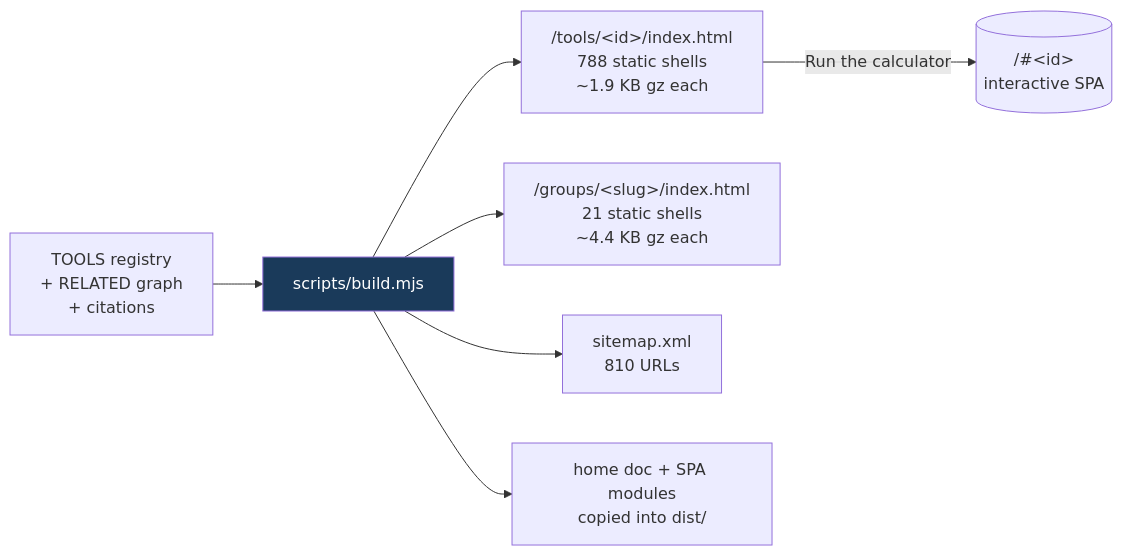
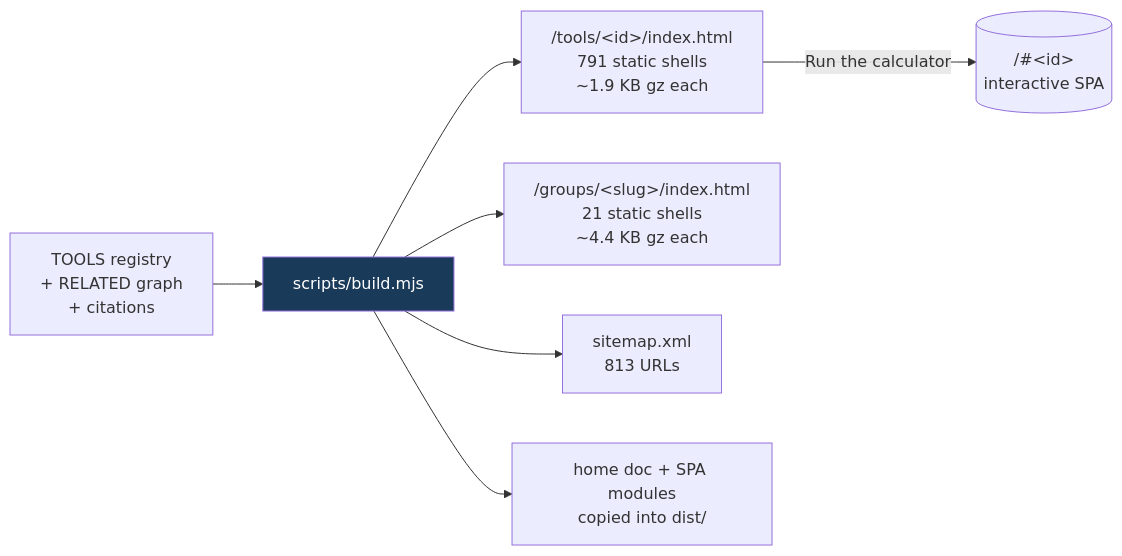
The fifth of 8 diagrams in README.md (clay-good/roughlogic.com), drawn with Mermaid before and after one commit. The commit also changed other lines of this file and 19 other files, not shown here.

First line of the commit message:
feat(refrigerant): land spec-v320..v322 -- 3 refrigeration-cycle tiles (refrigerant-mass-flow, refrigeration-cop, condenser-heat-rejection); 788 -> 791 tiles, 0.113.0

````diff
--- a/README.md
+++ b/README.md
@@ -495,10 +495,10 @@
 ```mermaid
 flowchart LR
     SRC[TOOLS registry\n+ RELATED graph\n+ citations] --> BUILD[scripts/build.mjs]
-    BUILD --> TILE["/tools/&lt;id&gt;/index.html\n788 static shells\n~1.9 KB gz each"]
+    BUILD --> TILE["/tools/&lt;id&gt;/index.html\n791 static shells\n~1.9 KB gz each"]
     BUILD --> GROUP["/groups/&lt;slug&gt;/index.html\n21 static shells\n~4.4 KB gz each"]
-    BUILD --> MAP["sitemap.xml\n810 URLs"]
+    BUILD --> MAP["sitemap.xml\n813 URLs"]
     BUILD --> COPY[home doc + SPA modules\ncopied into dist/]
     TILE -->|Run the calculator| SPA[("/#&lt;id&gt;\ninteractive SPA")]
     style BUILD fill:#1a3a5a,color:#fff
 ```
````
